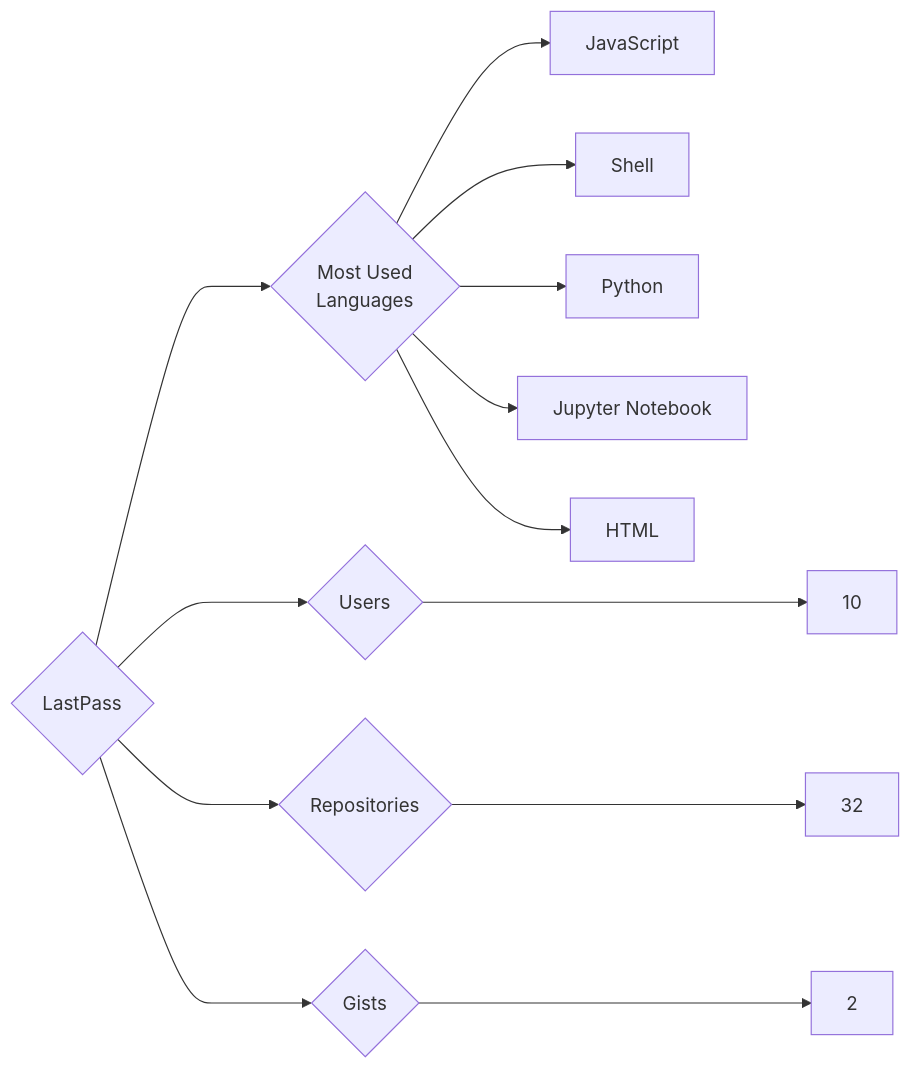
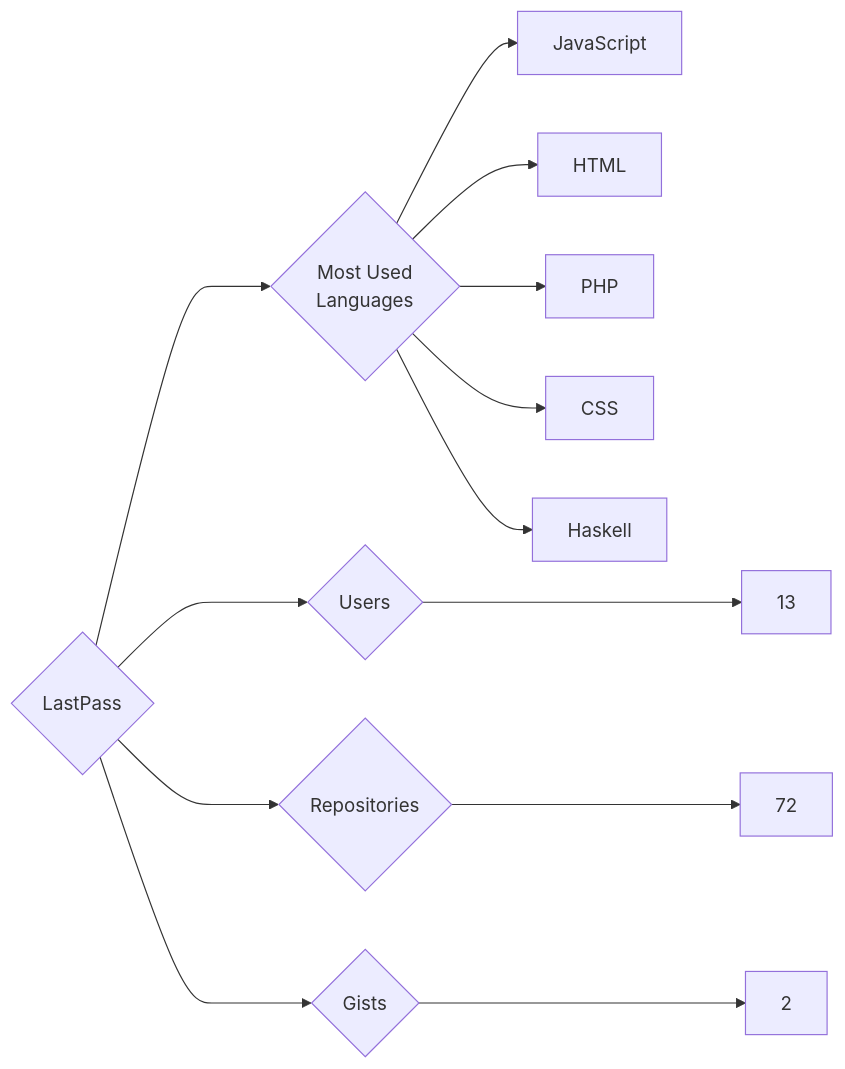
The diagram in targets/LastPass/README.md (trickest/insiders), drawn with Mermaid before and after one commit. The commit also changed 772 other files, not shown here.

````diff
--- a/targets/LastPass/README.md
+++ b/targets/LastPass/README.md
@@ -3,13 +3,13 @@
 ```mermaid
 graph LR
 COMPANY_NAME{LastPass}
-COMPANY_NAME ---> U{Users} ---> UN[10]
-COMPANY_NAME ---> R{Repositories} ---> RN[32]
+COMPANY_NAME ---> U{Users} ---> UN[13]
+COMPANY_NAME ---> R{Repositories} ---> RN[72]
 COMPANY_NAME ---> G{Gists} ---> GN[2]
 COMPANY_NAME ---> ML{Most Used<br>Languages}
 ML --> JavaScript[JavaScript]
-ML --> Shell[Shell]
-ML --> Python[Python]
-ML --> Jupyter_Notebook[Jupyter Notebook]
 ML --> HTML[HTML]
+ML --> PHP[PHP]
+ML --> CSS[CSS]
+ML --> Haskell[Haskell]
 ```
````
